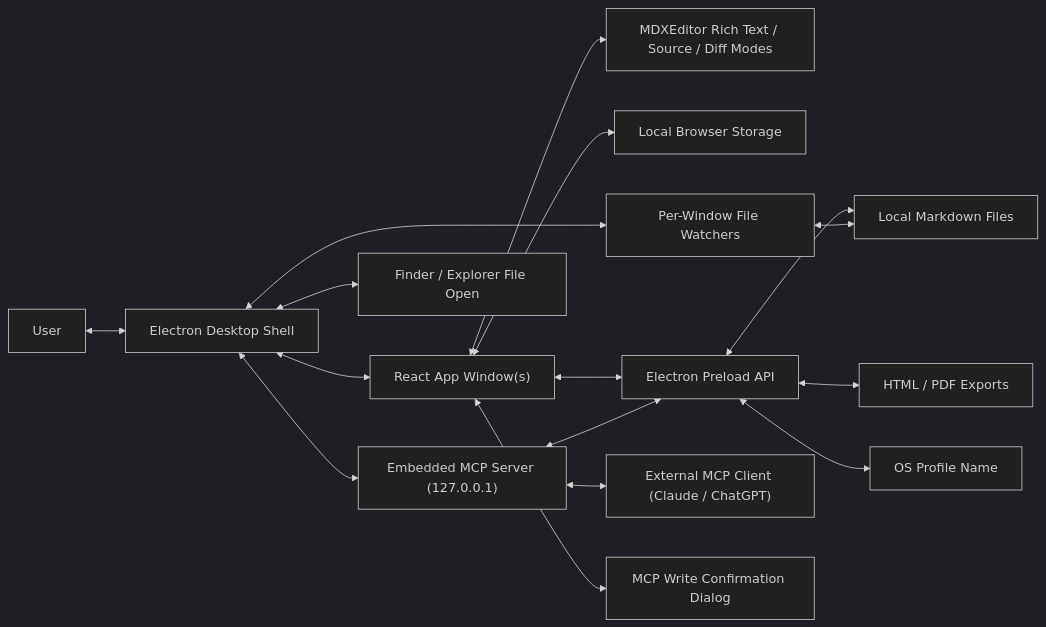
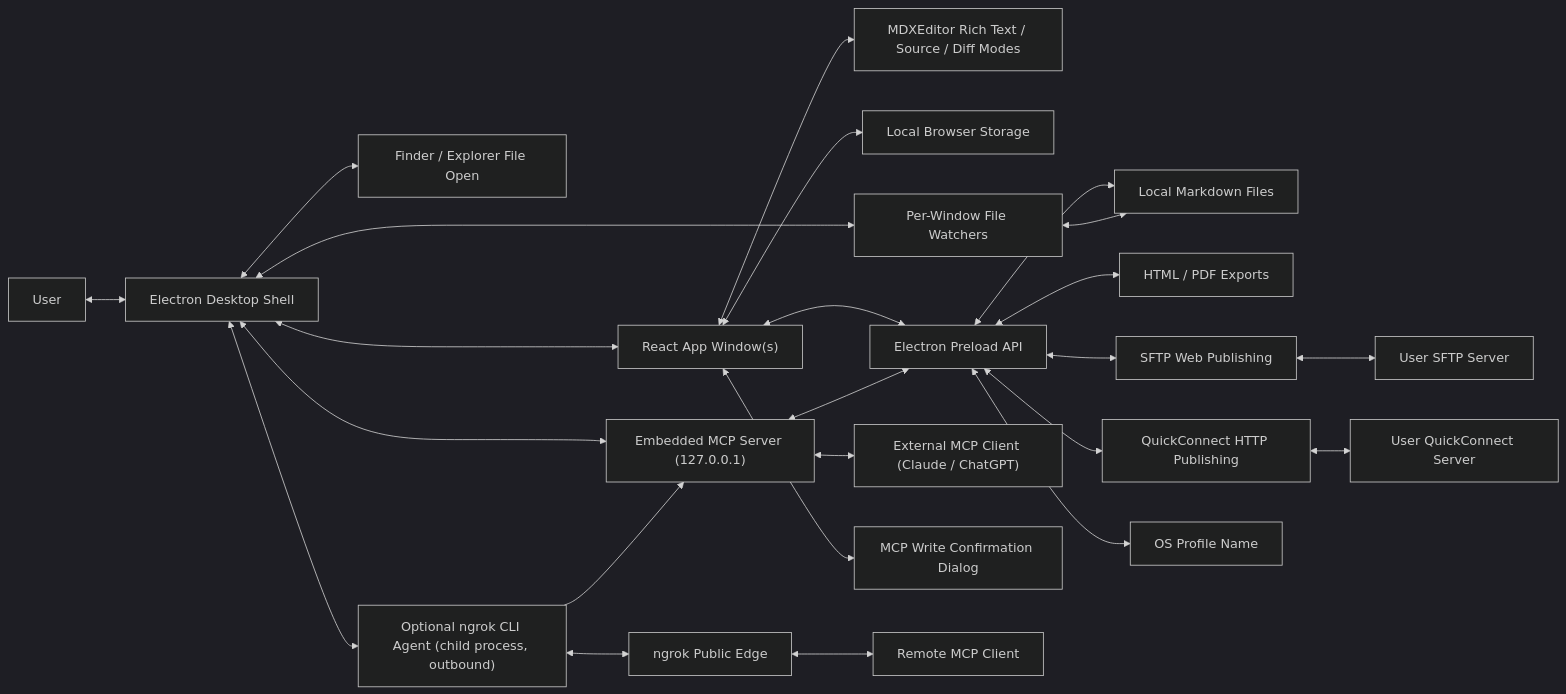
Before and after one commit to umpecca/nexus: the diagram in ARCHITECTURE.md, drawn with Mermaid (dark theme). The commit also changed other lines of this file and 30 other files, not shown here.

````diff
--- a/ARCHITECTURE.md
+++ b/ARCHITECTURE.md
@@ -46,18 +51,26 @@
 ```mermaid
 flowchart LR
     User["User"] <--> Shell["Electron Desktop Shell"]
     Shell <--> App["React App Window(s)"]
     App <--> Editor["MDXEditor Rich Text / Source / Diff Modes"]
     App <--> Storage["Local Browser Storage"]
     App <--> Bridge["Electron Preload API"]
     Bridge <--> Files["Local Markdown Files"]
     Bridge <--> Exports["HTML / PDF Exports"]
+    Bridge <--> Publish["SFTP Web Publishing"]
+    Publish <--> WebServer["User SFTP Server"]
+    Bridge <--> QuickConnect["QuickConnect HTTP Publishing"]
+    QuickConnect <--> QcServer["User QuickConnect Server"]
     Shell <--> Watcher["Per-Window File Watchers"]
     Watcher <--> Files
     Bridge <--> Profile["OS Profile Name"]
     Shell <--> OSOpen["Finder / Explorer File Open"]
     Shell <--> McpServer["Embedded MCP Server (127.0.0.1)"]
     McpServer <--> McpClient["External MCP Client (Claude / ChatGPT)"]
     McpServer <--> Bridge
     App <--> McpConfirm["MCP Write Confirmation Dialog"]
+    Shell <--> NgrokCli["Optional ngrok CLI Agent (child process, outbound)"]
+    NgrokCli --> McpServer
+    NgrokCli <--> NgrokEdge["ngrok Public Edge"]
+    NgrokEdge <--> RemoteClient["Remote MCP Client"]
 ```
````
